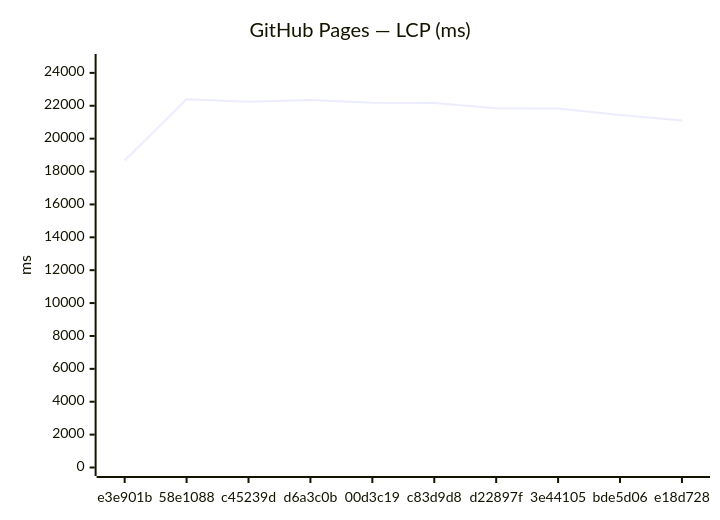
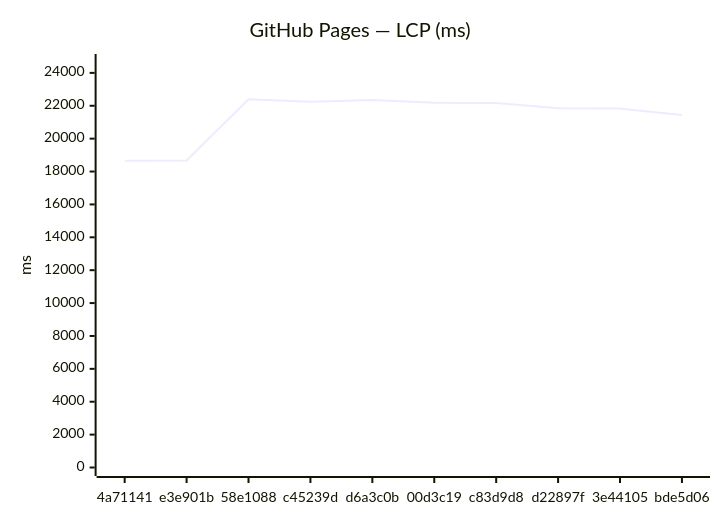
One commit to Metaheurist/Rianell changed the third of 18 diagrams in benchmarks/compare.md. Above: the diagram before and after it, drawn with Mermaid. The commit also changed other lines of this file and 11 other files, not shown here.

````diff
--- a/benchmarks/compare.md
+++ b/benchmarks/compare.md
@@ -54,7 +54,7 @@
 ```mermaid
 xychart-beta
     title "GitHub Pages — LCP (ms)"
-    x-axis ["e3e901b", "58e1088", "c45239d", "d6a3c0b", "00d3c19", "c83d9d8", "d22897f", "3e44105", "bde5d06", "e18d728"]
+    x-axis ["4a71141", "e3e901b", "58e1088", "c45239d", "d6a3c0b", "00d3c19", "c83d9d8", "d22897f", "3e44105", "bde5d06"]
     y-axis "ms" 0 --> 24631
-    line [18674, 22391, 22250, 22344, 22178, 22170, 21853, 21828, 21442, 21100]
+    line [18660, 18674, 22391, 22250, 22344, 22178, 22170, 21853, 21828, 21442]
 ```
````
